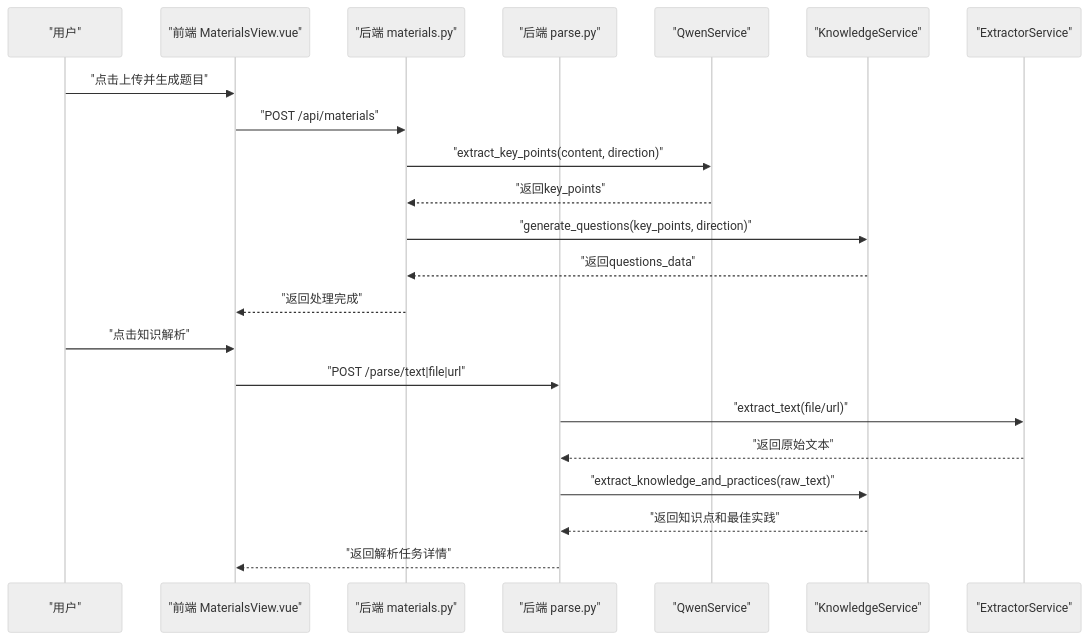
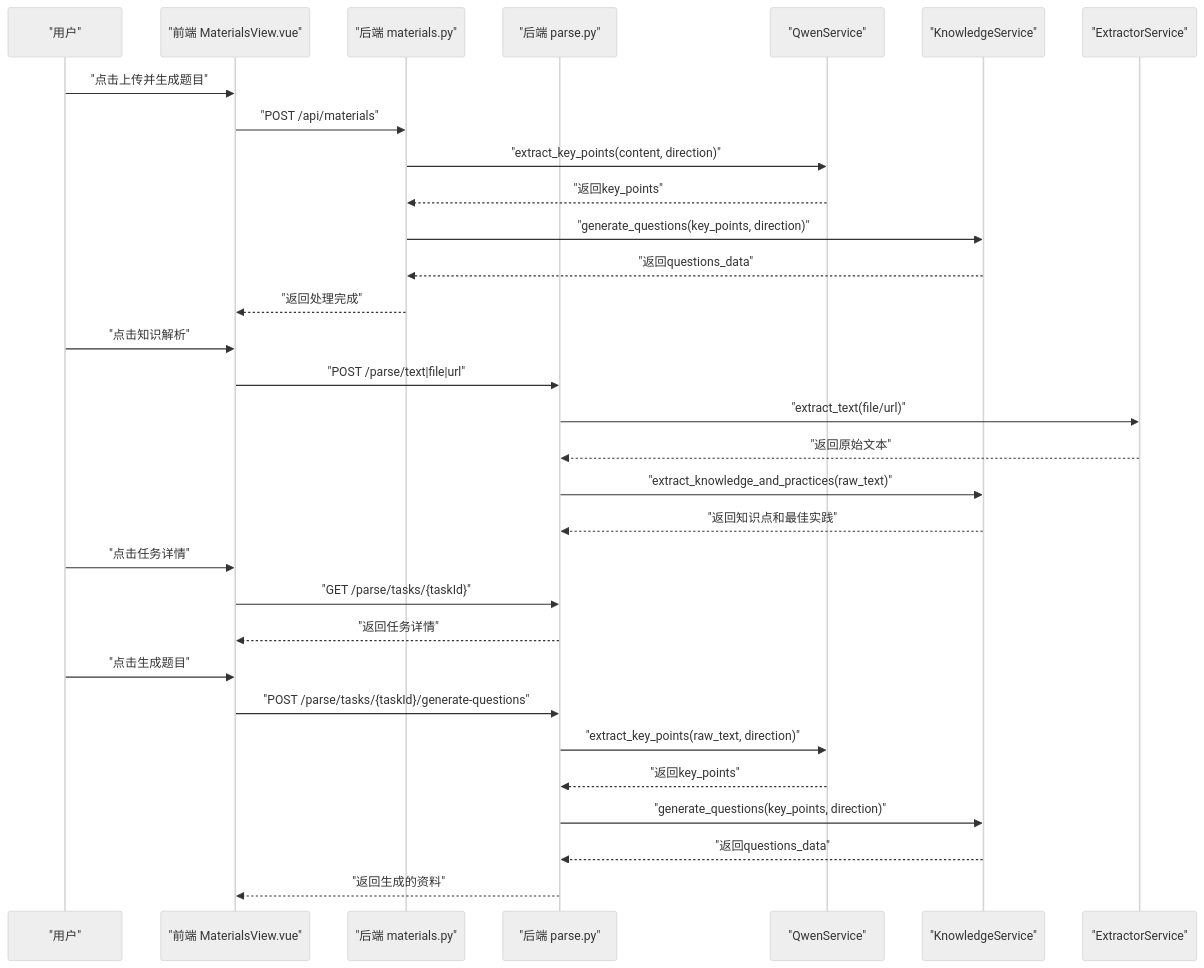
Before and after one commit to zhiwenli-jack/personal-learning-manager: the second of 9 diagrams in .qoder/repowiki/zh/content/前端应用架构/视图组件/资料管理组件.md, drawn with Mermaid (neutral theme). The commit also changed other lines of this file and 20 other files, not shown here.

````diff
--- a/.qoder/repowiki/zh/content/前端应用架构/视图组件/资料管理组件.md
+++ b/.qoder/repowiki/zh/content/前端应用架构/视图组件/资料管理组件.md
@@ -143,24 +162,33 @@
 ```mermaid
 sequenceDiagram
 participant U as "用户"
 participant F as "前端 MaterialsView.vue"
 participant A as "后端 materials.py"
 participant P as "后端 parse.py"
 participant Q as "QwenService"
 participant K as "KnowledgeService"
 participant E as "ExtractorService"
 U->>F : "点击上传并生成题目"
 F->>A : "POST /api/materials"
 A->>Q : "extract_key_points(content, direction)"
 Q-->>A : "返回key_points"
 A->>K : "generate_questions(key_points, direction)"
 K-->>A : "返回questions_data"
 A-->>F : "返回处理完成"
 U->>F : "点击知识解析"
 F->>P : "POST /parse/text|file|url"
 P->>E : "extract_text(file/url)"
 E-->>P : "返回原始文本"
 P->>K : "extract_knowledge_and_practices(raw_text)"
 K-->>P : "返回知识点和最佳实践"
-P-->>F : "返回解析任务详情"
+U->>F : "点击任务详情"
+F->>P : "GET /parse/tasks/{taskId}"
+P-->>F : "返回任务详情"
+U->>F : "点击生成题目"
+F->>P : "POST /parse/tasks/{taskId}/generate-questions"
+P->>Q : "extract_key_points(raw_text, direction)"
+Q-->>P : "返回key_points"
+P->>K : "generate_questions(key_points, direction)"
+K-->>P : "返回questions_data"
+P-->>F : "返回生成的资料"
 ```
````
